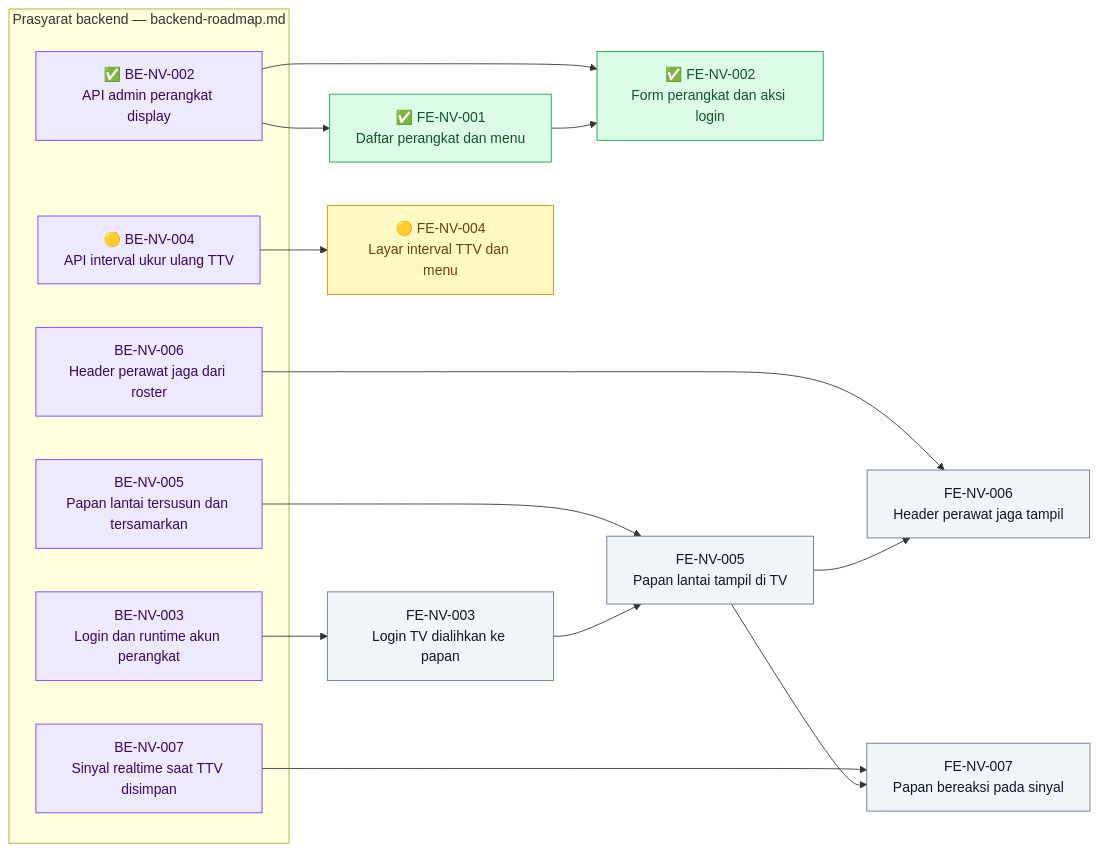
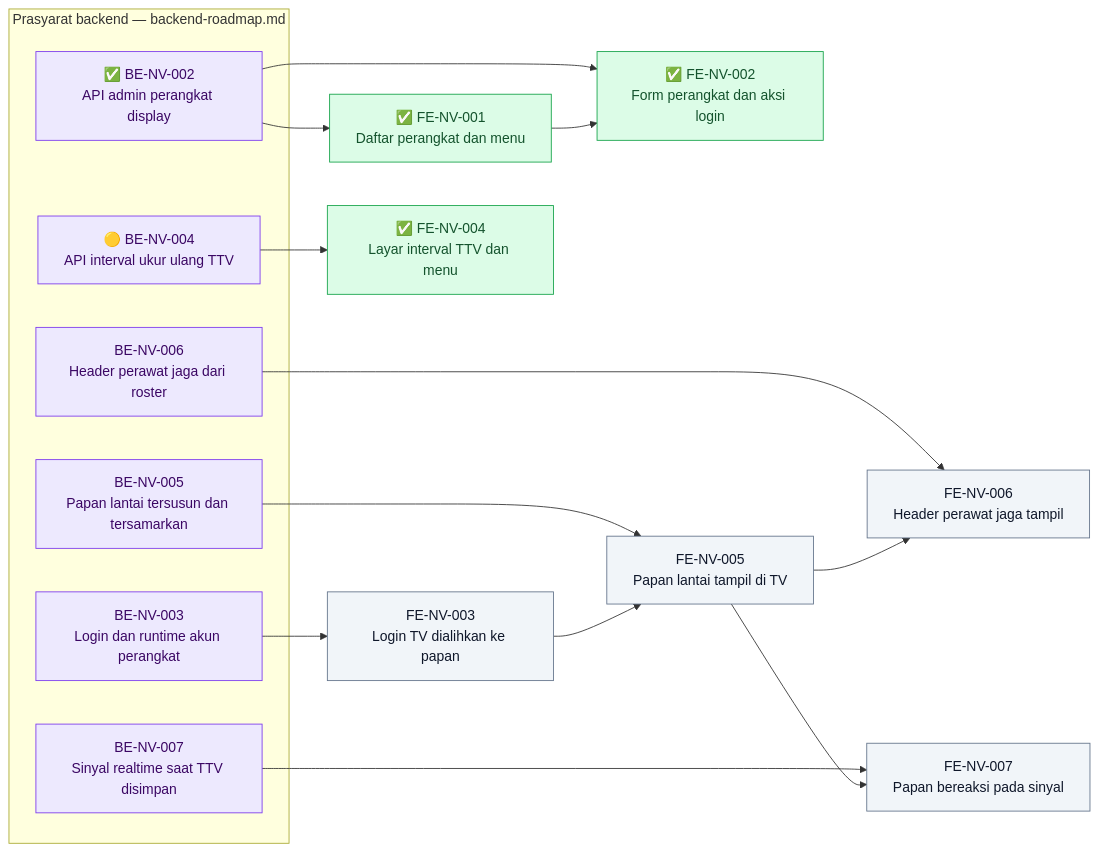
One commit to DevBenari/NewQuilvianSystemBackend changed the diagram in docs/module-blueprints/nurse-view/roadmap/frontend-roadmap.md. Above: the diagram before and after it, drawn with Mermaid. The commit also changed other lines of this file and 8 other files, not shown here.

````diff
--- a/docs/module-blueprints/nurse-view/roadmap/frontend-roadmap.md
+++ b/docs/module-blueprints/nurse-view/roadmap/frontend-roadmap.md
@@ -20,37 +20,37 @@
 ```mermaid
 flowchart LR
     classDef selesai fill:#DCFCE7,stroke:#16A34A,color:#14532D
     classDef sebagian fill:#FEF9C3,stroke:#CA8A04,color:#713F12
     classDef terblokir fill:#FEE2E2,stroke:#DC2626,color:#7F1D1D
     classDef belum fill:#F1F5F9,stroke:#64748B,color:#0F172A
     classDef luar fill:#EDE9FE,stroke:#7C3AED,color:#3B0764
 
     subgraph backend["Prasyarat backend — backend-roadmap.md"]
         BENV002["✅ BE-NV-002<br/>API admin perangkat display"]:::luar
         BENV003["BE-NV-003<br/>Login dan runtime akun perangkat"]:::luar
         BENV004["🟡 BE-NV-004<br/>API interval ukur ulang TTV"]:::luar
         BENV005["BE-NV-005<br/>Papan lantai tersusun dan tersamarkan"]:::luar
         BENV006["BE-NV-006<br/>Header perawat jaga dari roster"]:::luar
         BENV007["BE-NV-007<br/>Sinyal realtime saat TTV disimpan"]:::luar
     end
 
     FENV001["✅ FE-NV-001<br/>Daftar perangkat dan menu"]:::selesai
     FENV002["✅ FE-NV-002<br/>Form perangkat dan aksi login"]:::selesai
     FENV003["FE-NV-003<br/>Login TV dialihkan ke papan"]:::belum
-    FENV004["🟡 FE-NV-004<br/>Layar interval TTV dan menu"]:::sebagian
+    FENV004["✅ FE-NV-004<br/>Layar interval TTV dan menu"]:::selesai
     FENV005["FE-NV-005<br/>Papan lantai tampil di TV"]:::belum
     FENV006["FE-NV-006<br/>Header perawat jaga tampil"]:::belum
     FENV007["FE-NV-007<br/>Papan bereaksi pada sinyal"]:::belum
 
     BENV002 --> FENV001
     BENV002 --> FENV002
     FENV001 --> FENV002
     BENV003 --> FENV003
     BENV004 --> FENV004
     BENV005 --> FENV005
     FENV003 --> FENV005
     BENV006 --> FENV006
     FENV005 --> FENV006
     BENV007 --> FENV007
     FENV005 --> FENV007
 ```
````
